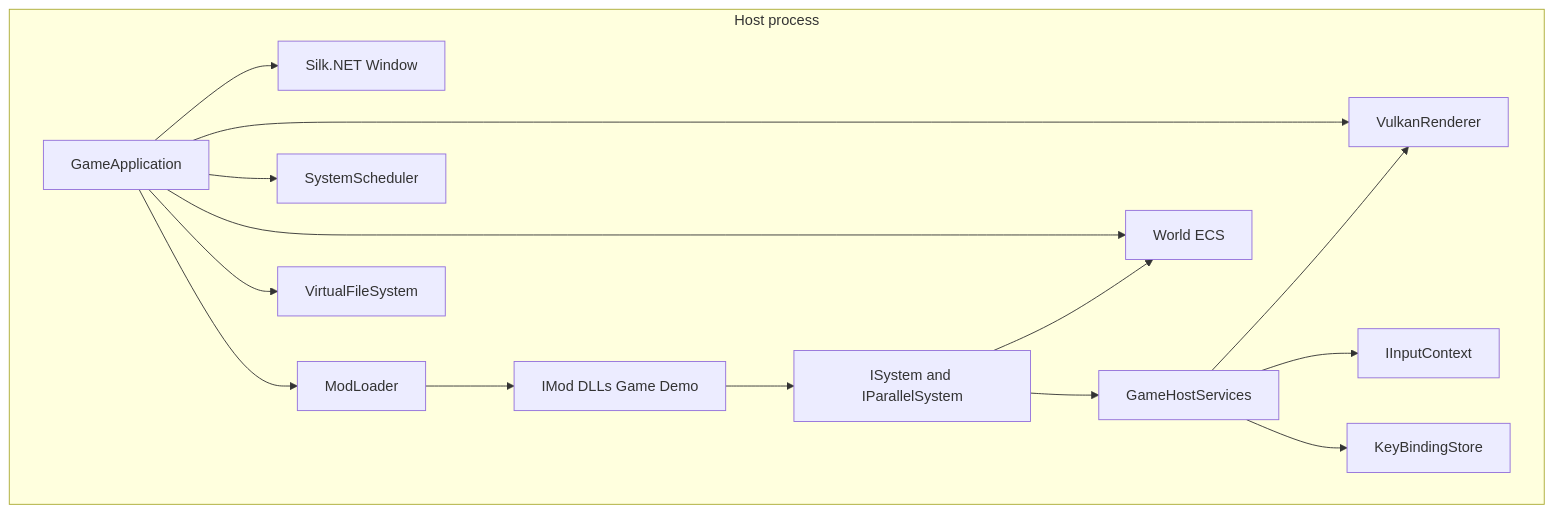
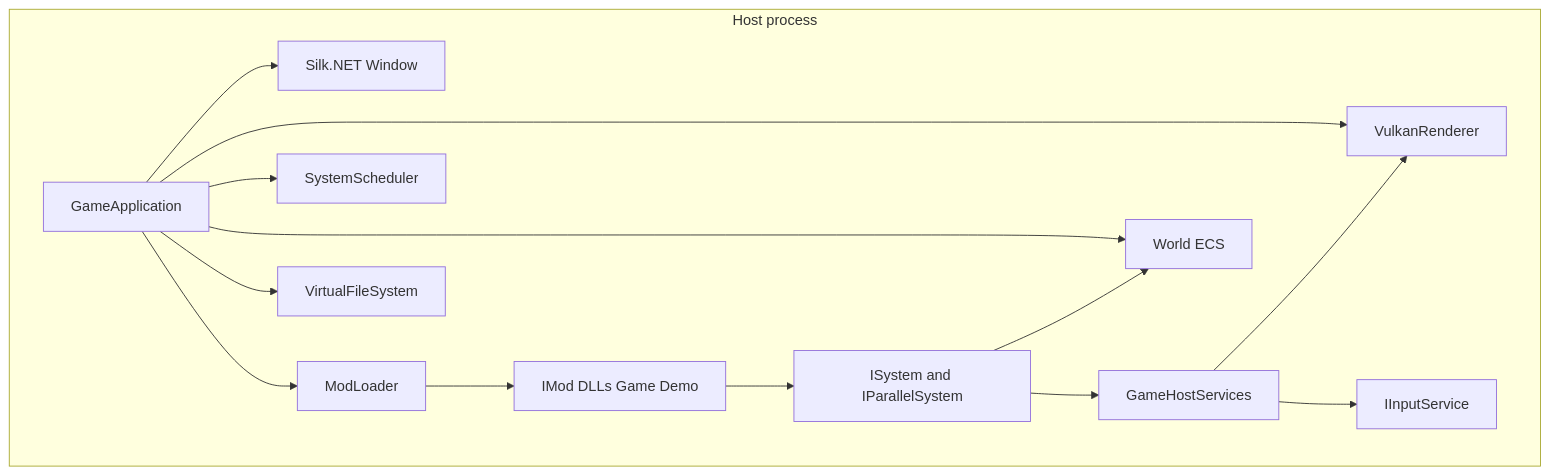
Before and after one commit to wallacet/Cyberland: the diagram in README.md, drawn with Mermaid. The commit also changed other lines of this file and 49 other files, not shown here.

````diff
--- a/README.md
+++ b/README.md
@@ -205,20 +205,19 @@
 ```mermaid
 flowchart TB
   subgraph HP["Host process"]
     GA["GameApplication"]
     GA --> WIN["Silk.NET Window"]
     GA --> VK["VulkanRenderer"]
     GA --> SCHED["SystemScheduler"]
     GA --> ECS["World ECS"]
     GA --> VFS["VirtualFileSystem"]
     ML["ModLoader"]
     GA --> ML
     ML --> MODS["IMod DLLs Game Demo"]
     MODS --> SYS["ISystem and IParallelSystem"]
     SYS --> ECS
     SYS --> SVC["GameHostServices"]
     SVC --> VK
-    SVC --> INP["IInputContext"]
-    SVC --> KEYS["KeyBindingStore"]
+    SVC --> INP["IInputService"]
   end
 ```
````
